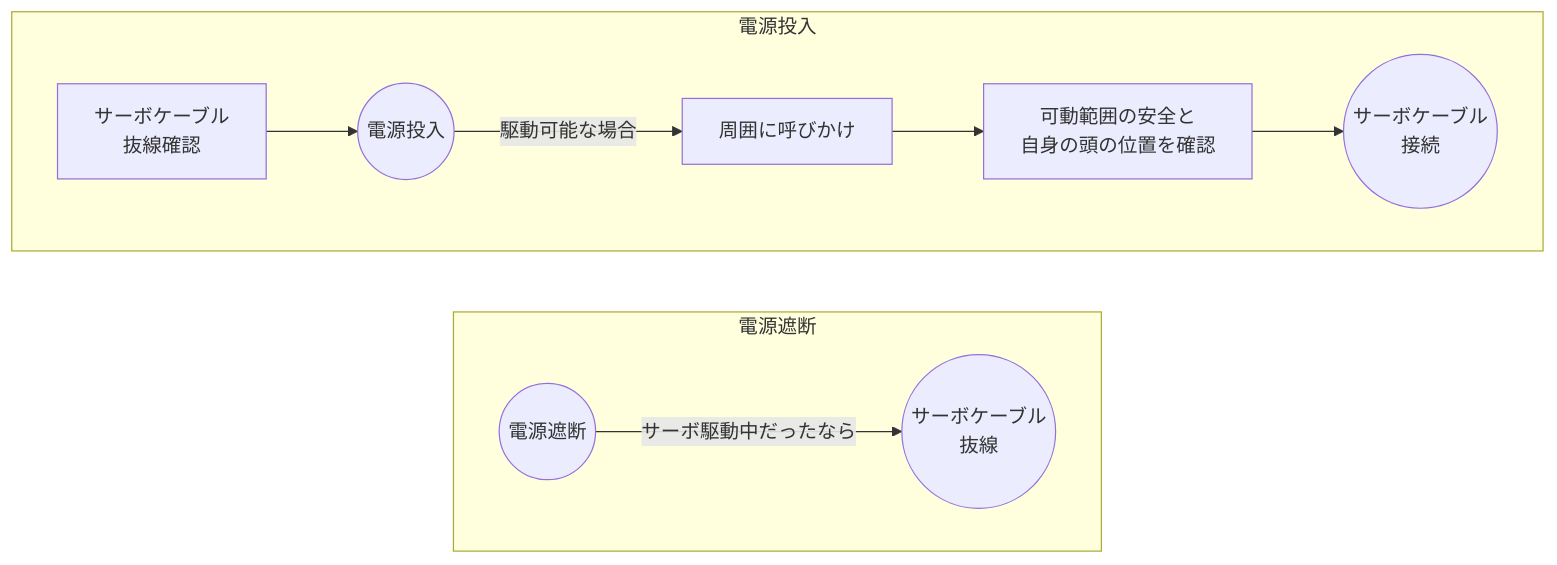
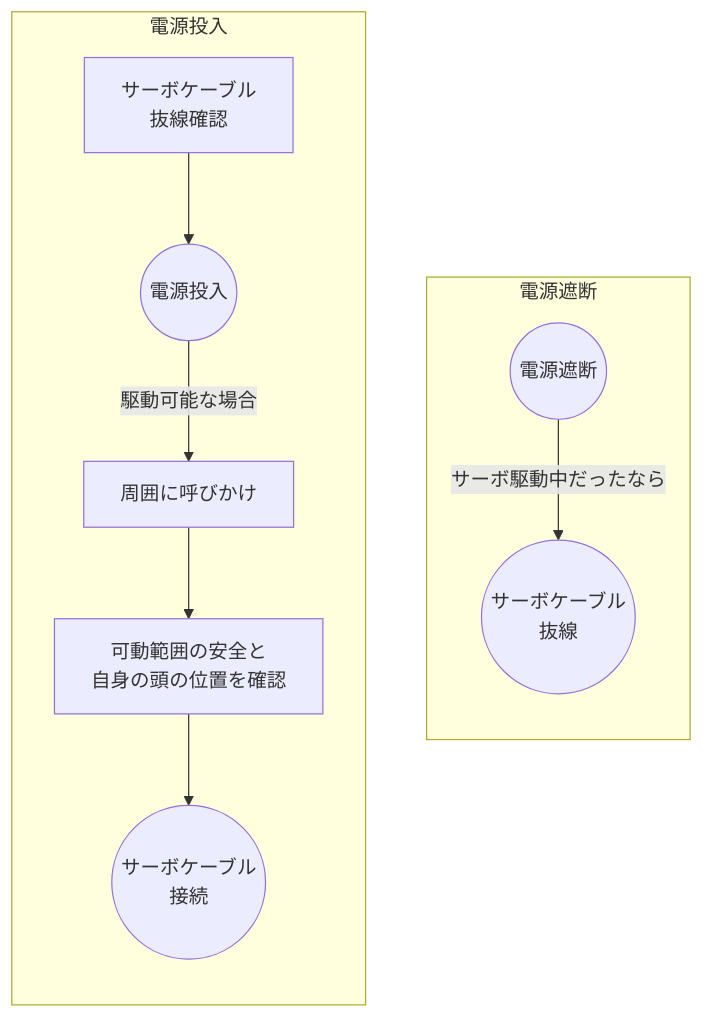
Before and after one commit to torica-org/electronics-blog: the fourth of 4 diagrams in docs/works/2026-avionics.md, drawn with Mermaid.

```diff
--- a/docs/works/2026-avionics.md
+++ b/docs/works/2026-avionics.md
@@ -215,22 +215,22 @@
 <pre class="mermaid" style="background-color:white;">
-flowchart TD
+flowchart LR
     servoNCCheck["サーボケーブル<br>抜線確認"]
     powerOn(("電源投入"))
     servoCall["周囲に呼びかけ"]
     servoSafe["可動範囲の安全と<br>自身の頭の位置を確認"]
     servoConn(("サーボケーブル<br>接続"))
 
     subgraph on["電源投入"]
         servoNCCheck --> powerOn
         powerOn -- "駆動可能な場合" --> servoCall --> servoSafe --> servoConn
     end
 
     powerOff(("電源遮断"))
     servoNC(("サーボケーブル<br>抜線"))
     
     subgraph off["電源遮断"]
         powerOff -- "サーボ駆動中だったなら" --> servoNC
     end
 
     on ~~~ off
 </pre>
```
